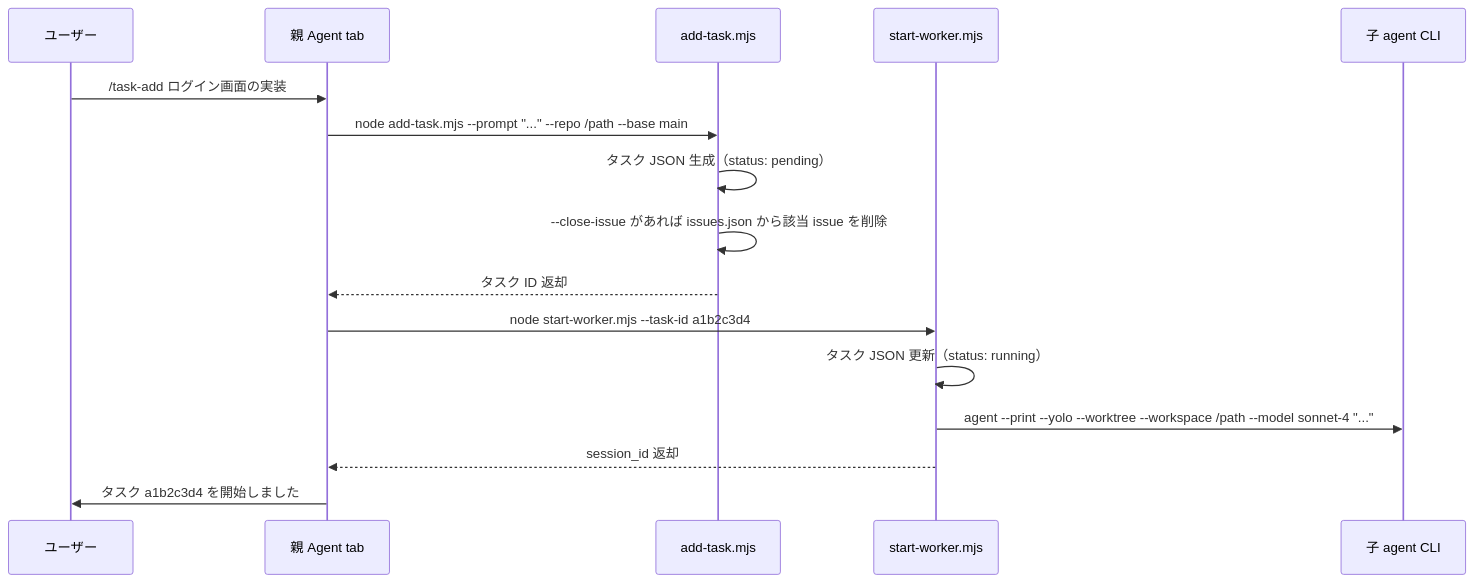
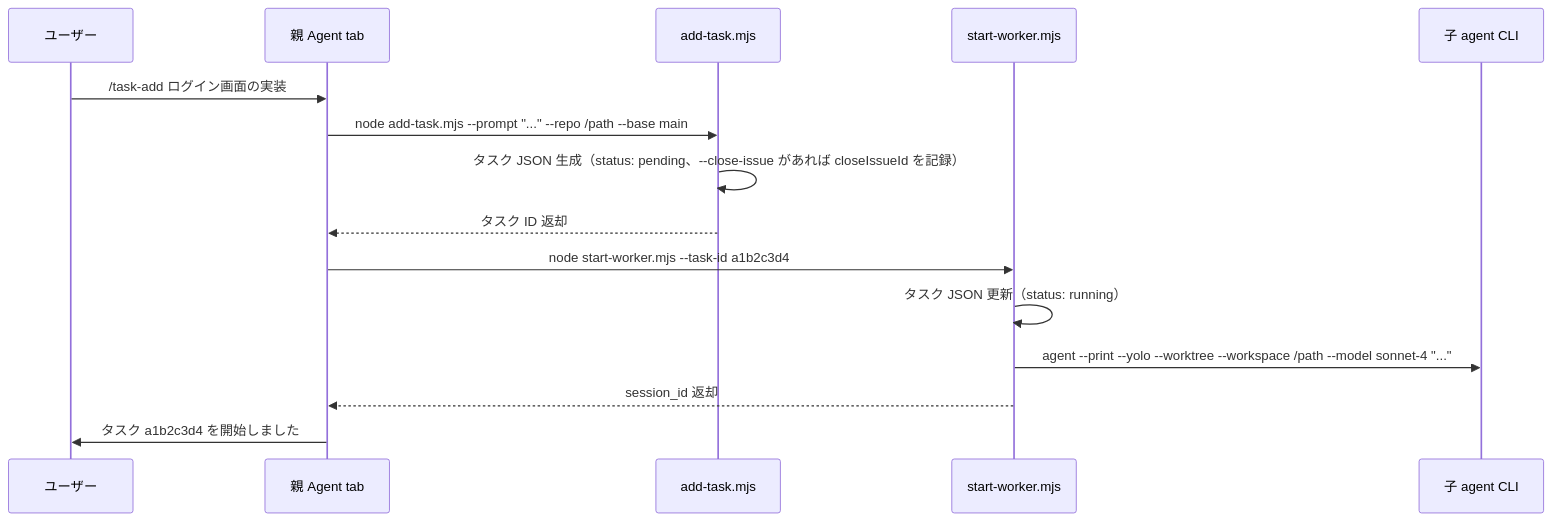
One commit to retocrooman/cursor-power changed the third of 14 diagrams in DESIGN.md. Above: the diagram before and after it, drawn with Mermaid. The commit also changed other lines of this file and 6 other files, not shown here.

First line of the commit message:
feat(close-issue): defer issue removal from add-task to task-clean

````diff
--- a/DESIGN.md
+++ b/DESIGN.md
@@ -289,19 +290,18 @@
 ```mermaid
 sequenceDiagram
   participant U as ユーザー
   participant P as 親 Agent tab
   participant S as add-task.mjs
   participant W as start-worker.mjs
   participant C as 子 agent CLI
 
   U->>P: /task-add ログイン画面の実装
   P->>S: node add-task.mjs --prompt "..." --repo /path --base main
-  S->>S: タスク JSON 生成（status: pending）
-  S->>S: --close-issue があれば issues.json から該当 issue を削除
+  S->>S: タスク JSON 生成（status: pending、--close-issue があれば closeIssueId を記録）
   S-->>P: タスク ID 返却
   P->>W: node start-worker.mjs --task-id a1b2c3d4
   W->>W: タスク JSON 更新（status: running）
   W->>C: agent --print --yolo --worktree --workspace /path --model sonnet-4 "..."
   W-->>P: session_id 返却
   P->>U: タスク a1b2c3d4 を開始しました
 ```
````
